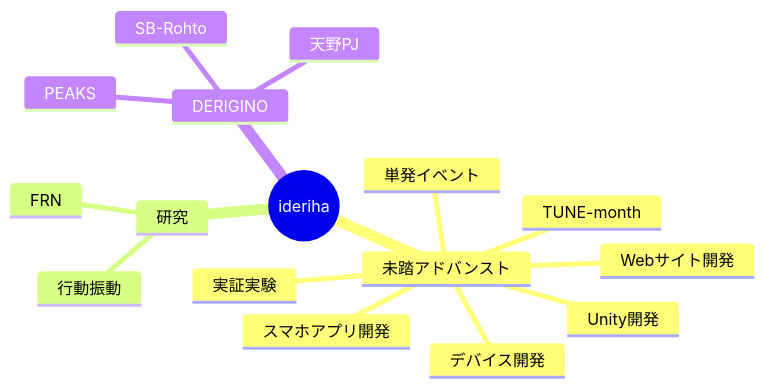
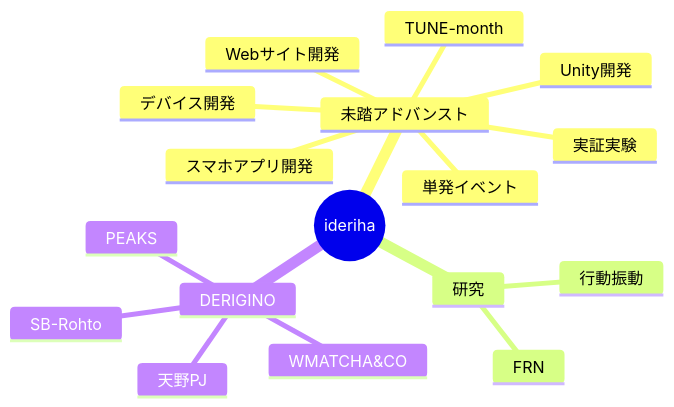
One commit to deriba-dg/ideriha_secretary changed the diagram in dashboard.md. Above: the diagram before and after it, drawn with Mermaid. The commit also changed other lines of this file and 3 other files, not shown here.

````diff
--- a/dashboard.md
+++ b/dashboard.md
@@ -7,19 +7,20 @@
 ```mermaid
 mindmap
   root((ideriha))
     未踏アドバンスト
       Unity開発
       スマホアプリ開発
       Webサイト開発
       単発イベント
       実証実験
       TUNE-month
       デバイス開発
     研究
       行動振動
       FRN
     DERIGINO
       PEAKS
       SB-Rohto
       天野PJ
+      WMATCHA&CO
 ```
````
